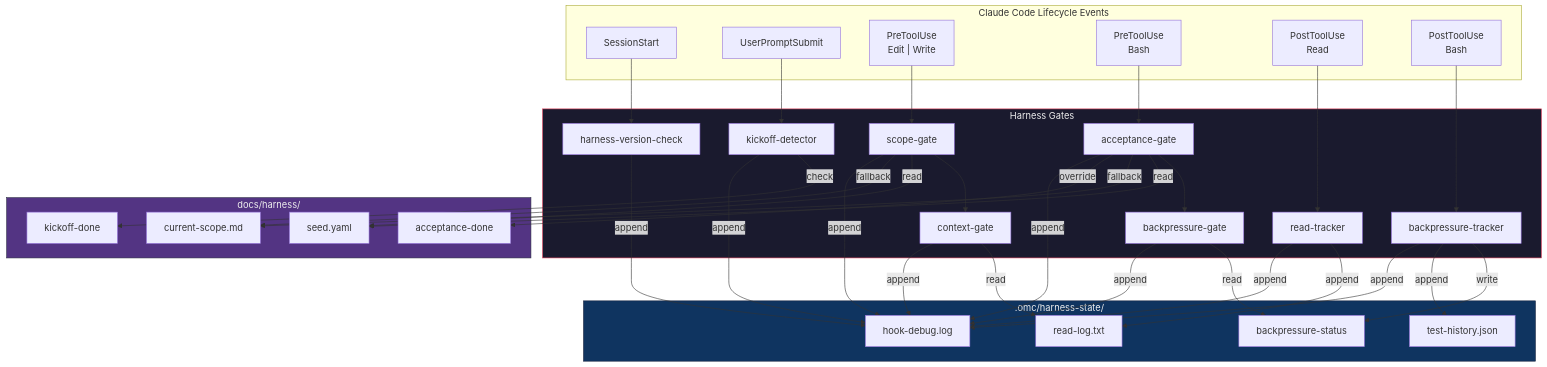
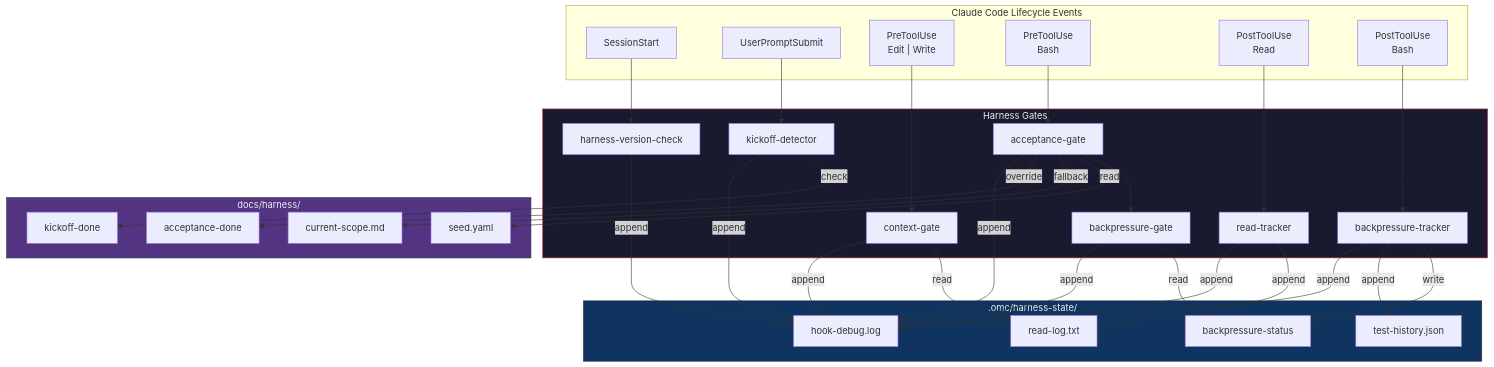
Before and after one commit to rae-hugo-kim/claude: the first of 7 diagrams in docs/architecture/harness-architecture.md, drawn with Mermaid. The commit also changed other lines of this file and 17 other files, not shown here.

````diff
--- a/docs/architecture/harness-architecture.md
+++ b/docs/architecture/harness-architecture.md
@@ -10,62 +10,59 @@
 ```mermaid
 flowchart TB
     subgraph Lifecycle["Claude Code Lifecycle Events"]
         SS[SessionStart]
         UPS[UserPromptSubmit]
         PRE_RW["PreToolUse<br/>Edit | Write"]
         PRE_BASH["PreToolUse<br/>Bash"]
         POST_READ["PostToolUse<br/>Read"]
         POST_BASH["PostToolUse<br/>Bash"]
     end
 
     subgraph Gates["Harness Gates"]
         HVC[harness-version-check]
         KD[kickoff-detector]
-        SG[scope-gate]
         CG[context-gate]
         AG[acceptance-gate]
         BG[backpressure-gate]
         RT[read-tracker]
         BT[backpressure-tracker]
     end
 
     subgraph State[".omc/harness-state/"]
         RL[read-log.txt]
         BS[backpressure-status]
         TH[test-history.json]
         DL[hook-debug.log]
     end
 
     subgraph Docs["docs/harness/"]
         SEED[seed.yaml]
         SCOPE[current-scope.md]
         KF[kickoff-done]
         AF[acceptance-done]
     end
 
     SS --> HVC
     UPS --> KD
-    PRE_RW --> SG --> CG
+    PRE_RW --> CG
     PRE_BASH --> AG --> BG
     POST_READ --> RT
     POST_BASH --> BT
 
     RT -->|append| RL
     CG -->|read| RL
     BT -->|write| BS
     BT -->|append| TH
     BG -->|read| BS
 
-    SG -->|read| SEED
-    SG -->|fallback| SCOPE
     AG -->|read| SEED
     AG -->|fallback| SCOPE
     AG -->|override| AF
     KD -->|check| KF
 
-    HVC & KD & SG & CG & AG & BG & RT & BT -->|append| DL
+    HVC & KD & CG & AG & BG & RT & BT -->|append| DL
 
     style Gates fill:#1a1a2e,stroke:#e94560,color:#eee
     style State fill:#0f3460,stroke:#16213e,color:#eee
     style Docs fill:#533483,stroke:#2b2d42,color:#eee
 ```
````
